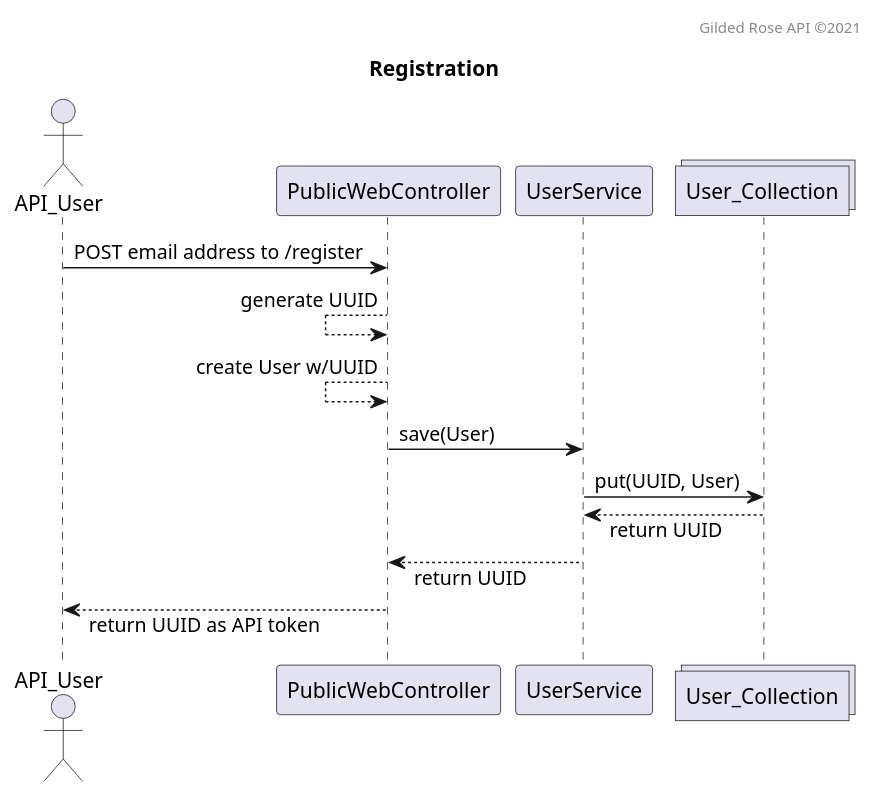
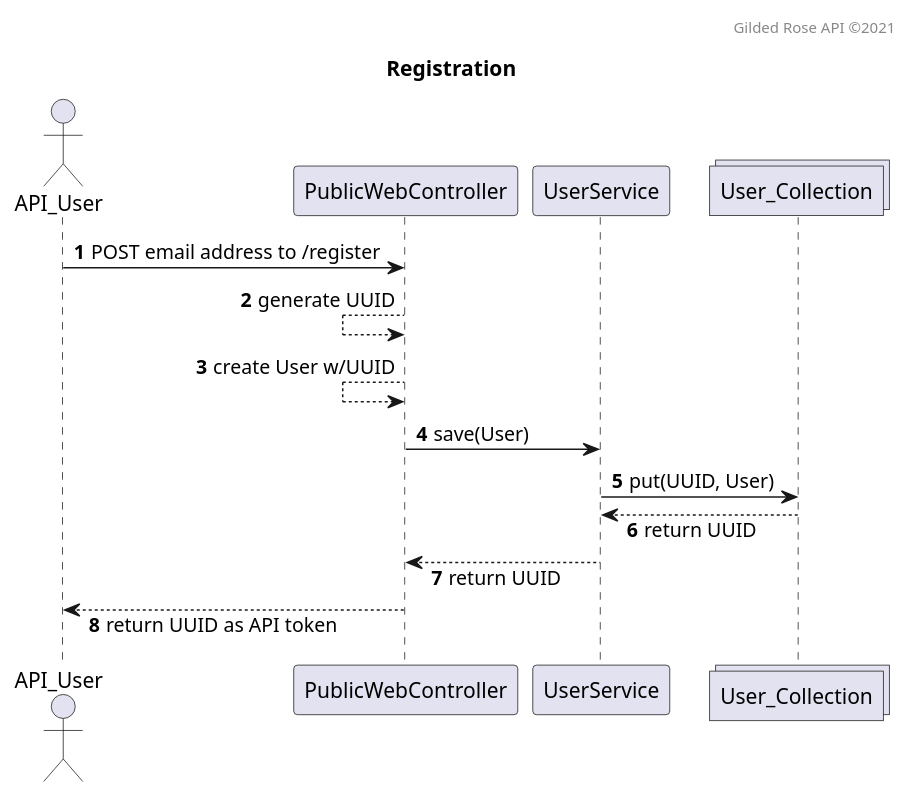
The diagram in src/main/resources/seq.register.puml (bladewheels/GildedRoseAPI), drawn with PlantUML before and after one commit.

```diff
--- a/src/main/resources/seq.register.puml
+++ b/src/main/resources/seq.register.puml
@@ -1,19 +1,21 @@
 @startuml
+skinparam responseMessageBelowArrow true
+autonumber
+
 title Registration
 header Gilded Rose API ©2021
-skinparam responseMessageBelowArrow true
 
 actor API_User
 participant PublicWebController
 participant UserService
 collections User_Collection
 
 API_User -> PublicWebController : POST email address to /register
 PublicWebController <-- PublicWebController : generate UUID
 PublicWebController <-- PublicWebController : create User w/UUID
 PublicWebController -> UserService : save(User)
 UserService -> User_Collection : put(UUID, User)
 UserService <-- User_Collection : return UUID
 PublicWebController <-- UserService : return UUID
 API_User <-- PublicWebController : return UUID as API token
 @enduml
```
